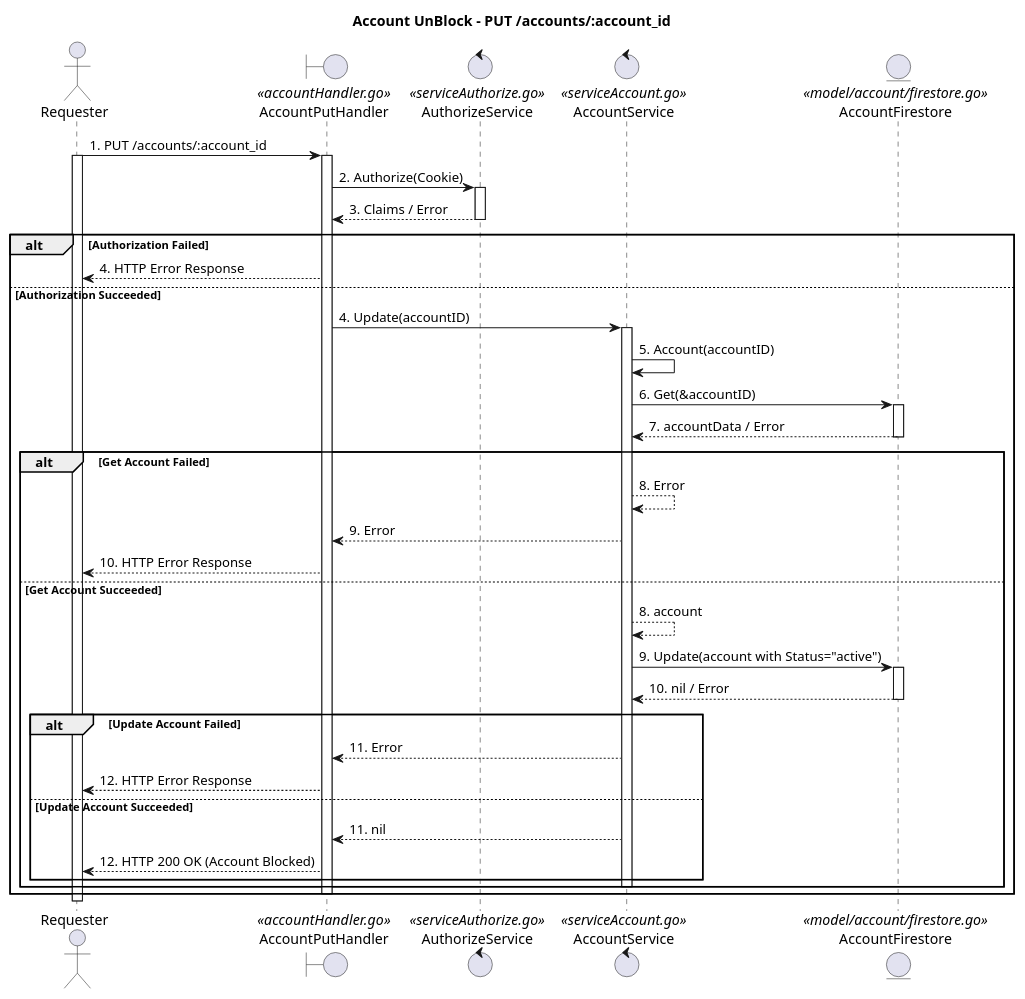
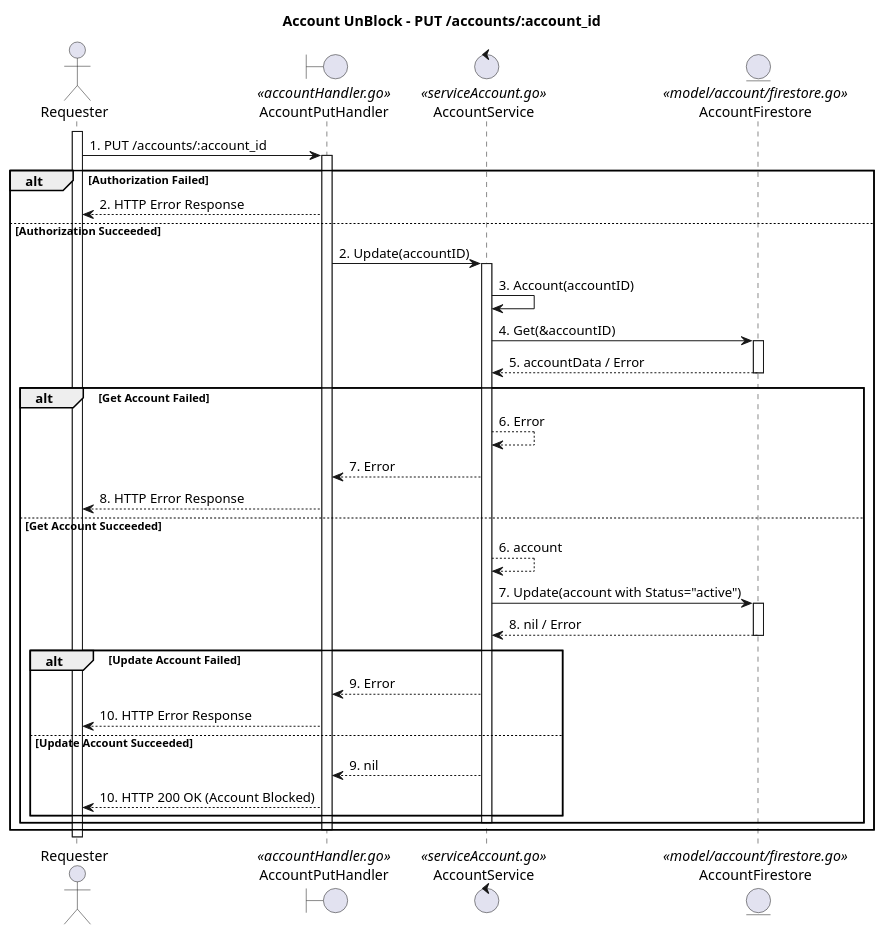
The diagram in docs/Un(Block)/SequenciaAccountUnblock.puml (JulioKobayashiEbury/BankingAPI), drawn with PlantUML before and after one commit. The commit also changed 44 other files, not shown here.

```diff
--- a/docs/Un(Block)/SequenciaAccountUnblock.puml
+++ b/docs/Un(Block)/SequenciaAccountUnblock.puml
@@ -1,51 +1,48 @@
 @startuml
 title Account UnBlock - PUT /accounts/:account_id
 
 actor Requester
 boundary AccountPutHandler <<accountHandler.go>>
-control AuthorizeService <<serviceAuthorize.go>>
 control AccountService <<serviceAccount.go>>
 entity AccountFirestore <<model/account/firestore.go>>
 
+activate Requester
 Requester -> AccountPutHandler : 1. PUT /accounts/:account_id
-activate Requester
+
 activate AccountPutHandler
-AccountPutHandler -> AuthorizeService : 2. Authorize(Cookie)
-activate AuthorizeService
-AuthorizeService --> AccountPutHandler : 3. Claims / Error
-deactivate AuthorizeService
+
 alt Authorization Failed
-    AccountPutHandler --> Requester : 4. HTTP Error Response
+    AccountPutHandler --> Requester : 2. HTTP Error Response
 else Authorization Succeeded
    
-    AccountPutHandler -> AccountService : 4. Update(accountID)
+    AccountPutHandler -> AccountService : 2. Update(accountID)
     activate AccountService
-    AccountService -> AccountService : 5. Account(accountID)
-    AccountService -> AccountFirestore : 6. Get(&accountID)
+    AccountService -> AccountService : 3. Account(accountID)
+    AccountService -> AccountFirestore : 4. Get(&accountID)
     activate AccountFirestore
-    AccountFirestore --> AccountService : 7. accountData / Error
+    AccountFirestore --> AccountService : 5. accountData / Error
     deactivate AccountFirestore
     alt Get Account Failed
-        AccountService --> AccountService : 8. Error
-        AccountService --> AccountPutHandler : 9. Error
-        AccountPutHandler --> Requester : 10. HTTP Error Response
+        AccountService --> AccountService : 6. Error
+        AccountService --> AccountPutHandler : 7. Error
+        AccountPutHandler --> Requester : 8. HTTP Error Response
     else Get Account Succeeded
-        AccountService --> AccountService : 8. account
-        AccountService -> AccountFirestore : 9. Update(account with Status="active")
+        AccountService --> AccountService : 6. account
+        AccountService -> AccountFirestore : 7. Update(account with Status="active")
         activate AccountFirestore
-        AccountFirestore --> AccountService : 10. nil / Error
+        AccountFirestore --> AccountService : 8. nil / Error
         deactivate AccountFirestore
         alt Update Account Failed
-            AccountService --> AccountPutHandler : 11. Error
-            AccountPutHandler --> Requester : 12. HTTP Error Response
+            AccountService --> AccountPutHandler : 9. Error
+            AccountPutHandler --> Requester : 10. HTTP Error Response
         else Update Account Succeeded
-            AccountService --> AccountPutHandler : 11. nil
-            AccountPutHandler --> Requester : 12. HTTP 200 OK (Account Blocked)
+            AccountService --> AccountPutHandler : 9. nil
+            AccountPutHandler --> Requester : 10. HTTP 200 OK (Account Blocked)
         end
         deactivate AccountService
     end
     deactivate AccountPutHandler
 end
 deactivate Requester
 
 @enduml
```
